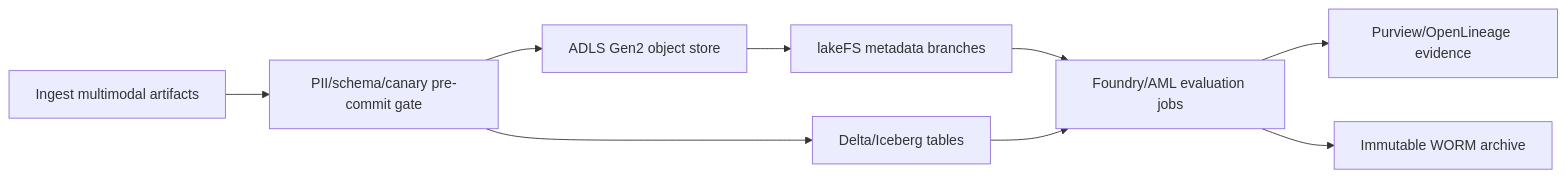
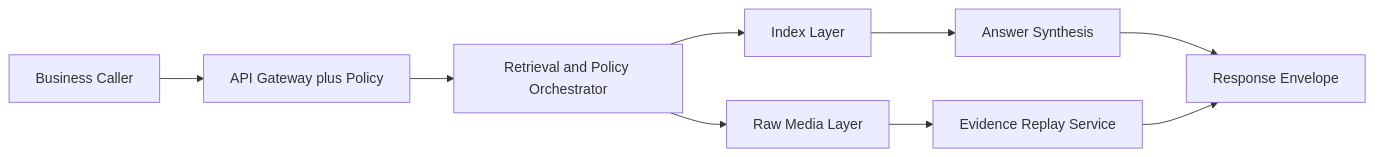
Before and after one commit to turbo998/ai-infra-lab: the first of 2 diagrams in docs/azure-agent-infra/eval-corpus-versioning-lineage-lakefs-adls-zero-copy-vs-foundry-ml-data-assets-vs-delta-dvc-selection-faq.en.md, drawn with Mermaid. The commit also changed other lines of this file and 5 other files, not shown here.

````diff
--- a/docs/azure-agent-infra/eval-corpus-versioning-lineage-lakefs-adls-zero-copy-vs-foundry-ml-data-assets-vs-delta-dvc-selection-faq.en.md
+++ b/docs/azure-agent-infra/eval-corpus-versioning-lineage-lakefs-adls-zero-copy-vs-foundry-ml-data-assets-vs-delta-dvc-selection-faq.en.md
@@ -41,11 +60,11 @@
 ```mermaid
 flowchart LR
-  Ingest[Ingest multimodal artifacts] --> Gate[PII/schema/canary pre-commit gate]
-  Gate --> StoreA[ADLS Gen2 object store]
-  Gate --> StoreB[Delta/Iceberg tables]
-  StoreA --> LakeFS[lakeFS metadata branches]
-  LakeFS --> Eval[Foundry/AML evaluation jobs]
-  StoreB --> Eval
-  Eval --> Purview[Purview/OpenLineage evidence]
-  Eval --> WORM[Immutable WORM archive]
+  User[Business Caller] --> Gateway[API Gateway plus Policy]
+  Gateway --> Planner[Retrieval and Policy Orchestrator]
+  Planner --> Index[Index Layer]
+  Planner --> Blob[Raw Media Layer]
+  Index --> Answer[Answer Synthesis]
+  Blob --> Evidence[Evidence Replay Service]
+  Answer --> Output[Response Envelope]
+  Evidence --> Output
 ```
````
